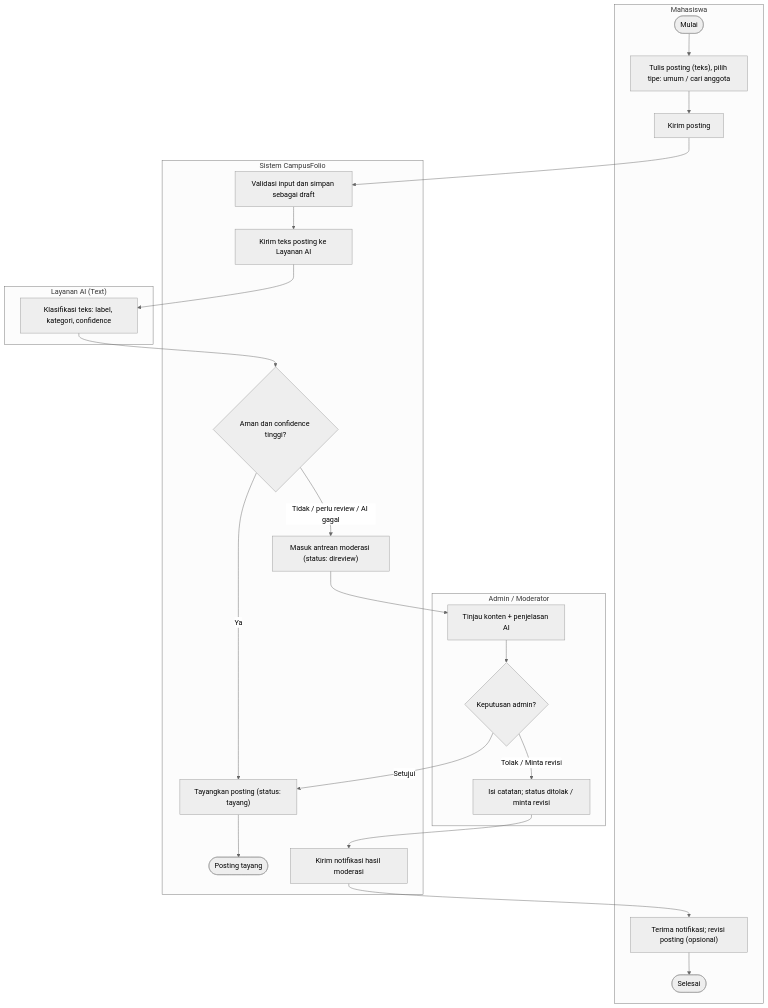
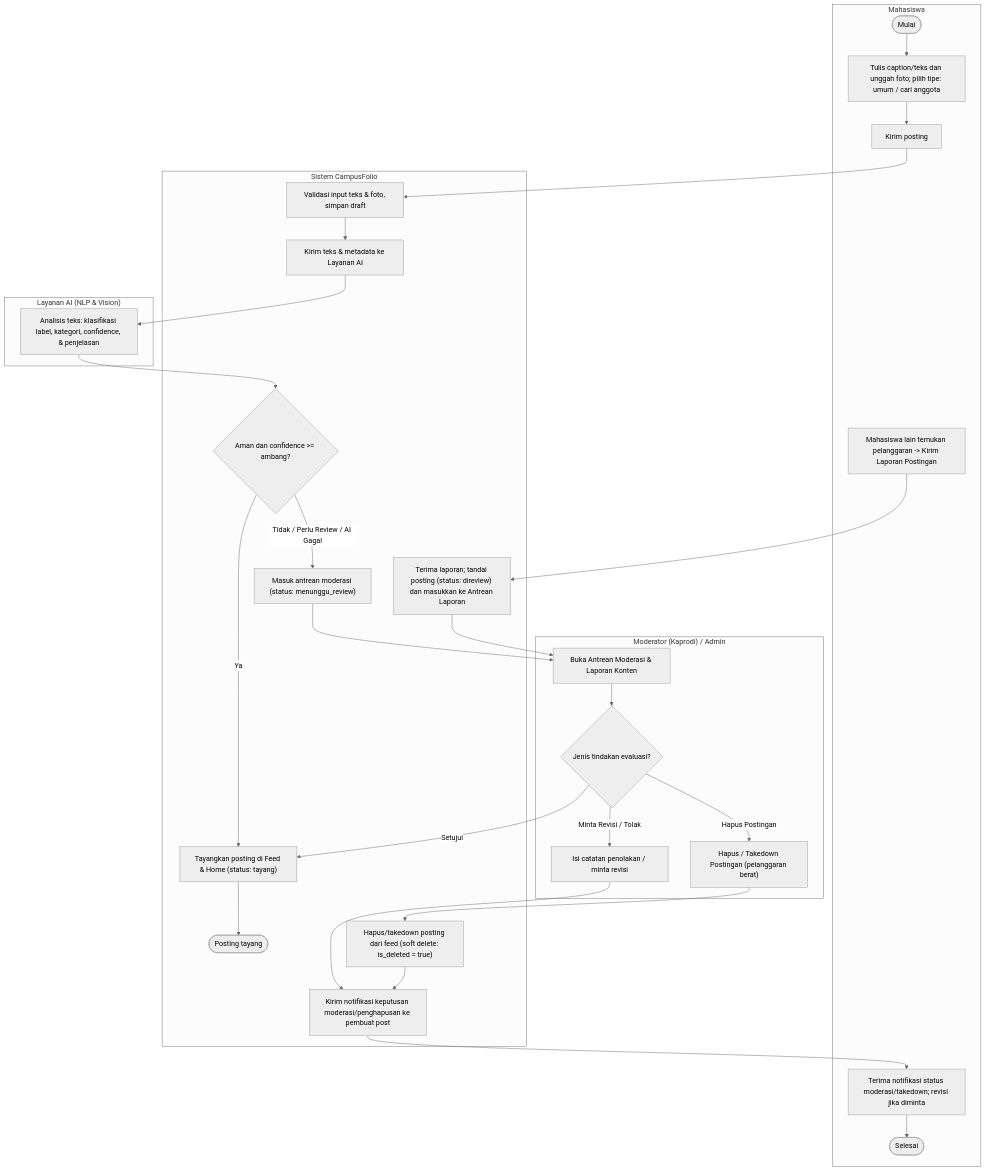
One commit to rifqiArdiansyah1/campus-social-media-portofolio-team3 changed the diagram in docs/diagrams/mermaid/activity-posting-moderasi.mmd. Above: the diagram before and after it, drawn with Mermaid (neutral theme). The commit also changed 22 other files, not shown here.

Commit message:
feat(architecture): apply client revisions for role moderator, friendship, portfolio SKPI, blocking, moderation, and home hub

```diff
--- a/docs/diagrams/mermaid/activity-posting-moderasi.mmd
+++ b/docs/diagrams/mermaid/activity-posting-moderasi.mmd
@@ -1,26 +1,38 @@
 flowchart TB
     subgraph MHS["Mahasiswa"]
-        M0(["Mulai"]) --> M1["Tulis posting (teks), pilih tipe: umum / cari anggota"]
+        M0(["Mulai"]) --> M1["Tulis caption/teks dan unggah foto; pilih tipe: umum / cari anggota"]
         M1 --> M2["Kirim posting"]
-        M9["Terima notifikasi; revisi posting (opsional)"] --> MF(["Selesai"])
+        M_REP["Mahasiswa lain temukan pelanggaran -> Kirim Laporan Postingan"]
+        M9["Terima notifikasi status moderasi/takedown; revisi jika diminta"] --> MF(["Selesai"])
     end
+
     subgraph SIS["Sistem CampusFolio"]
-        S1["Validasi input dan simpan sebagai draft"] --> S2["Kirim teks posting ke Layanan AI"]
-        D1{"Aman dan confidence tinggi?"}
-        S3["Masuk antrean moderasi (status: direview)"]
-        S4["Tayangkan posting (status: tayang)"] --> SF(["Posting tayang"])
-        S5["Kirim notifikasi hasil moderasi"]
+        S1["Validasi input teks & foto, simpan draft"] --> S2["Kirim teks & metadata ke Layanan AI"]
+        D1{"Aman dan confidence >= ambang?"}
+        S3["Masuk antrean moderasi (status: menunggu_review)"]
+        S4["Tayangkan posting di Feed & Home (status: tayang)"] --> SF(["Posting tayang"])
+        S_REP["Terima laporan; tandai posting (status: direview) dan masukkan ke Antrean Laporan"]
+        S5["Kirim notifikasi keputusan moderasi/penghapusan ke pembuat post"]
+        S6["Hapus/takedown posting dari feed (soft delete: is_deleted = true)"]
     end
-    subgraph AIL["Layanan AI (Text)"]
-        A1["Klasifikasi teks: label, kategori, confidence"]
+
+    subgraph AIL["Layanan AI (NLP & Vision)"]
+        A1["Analisis teks: klasifikasi label, kategori, confidence, & penjelasan"]
     end
-    subgraph ADM["Admin / Moderator"]
-        AD1["Tinjau konten + penjelasan AI"] --> D2{"Keputusan admin?"}
-        AD2["Isi catatan; status ditolak / minta revisi"]
+
+    subgraph MOD_ADM["Moderator (Kaprodi) / Admin"]
+        AD1["Buka Antrean Moderasi & Laporan Konten"] --> D2{"Jenis tindakan evaluasi?"}
+        AD2["Isi catatan penolakan / minta revisi"]
+        AD3["Hapus / Takedown Postingan (pelanggaran berat)"]
     end
+
     M2 --> S1
     S2 --> A1 --> D1
     D1 -- "Ya" --> S4
-    D1 -- "Tidak / perlu review / AI gagal" --> S3 --> AD1
+    D1 -- "Tidak / Perlu Review / AI Gagal" --> S3 --> AD1
+    
+    M_REP --> S_REP --> AD1
+    
     D2 -- "Setujui" --> S4
-    D2 -- "Tolak / Minta revisi" --> AD2 --> S5 --> M9
+    D2 -- "Minta Revisi / Tolak" --> AD2 --> S5 --> M9
+    D2 -- "Hapus Postingan" --> AD3 --> S6 --> S5
```
